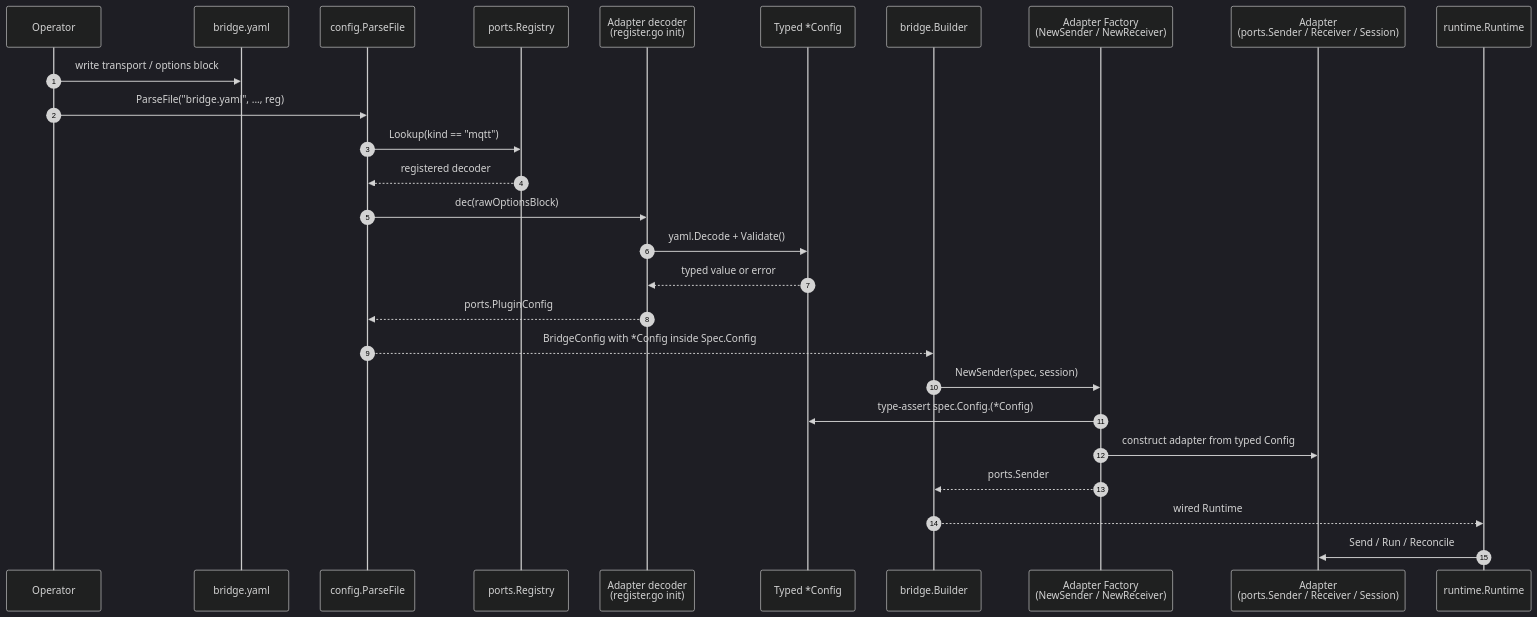
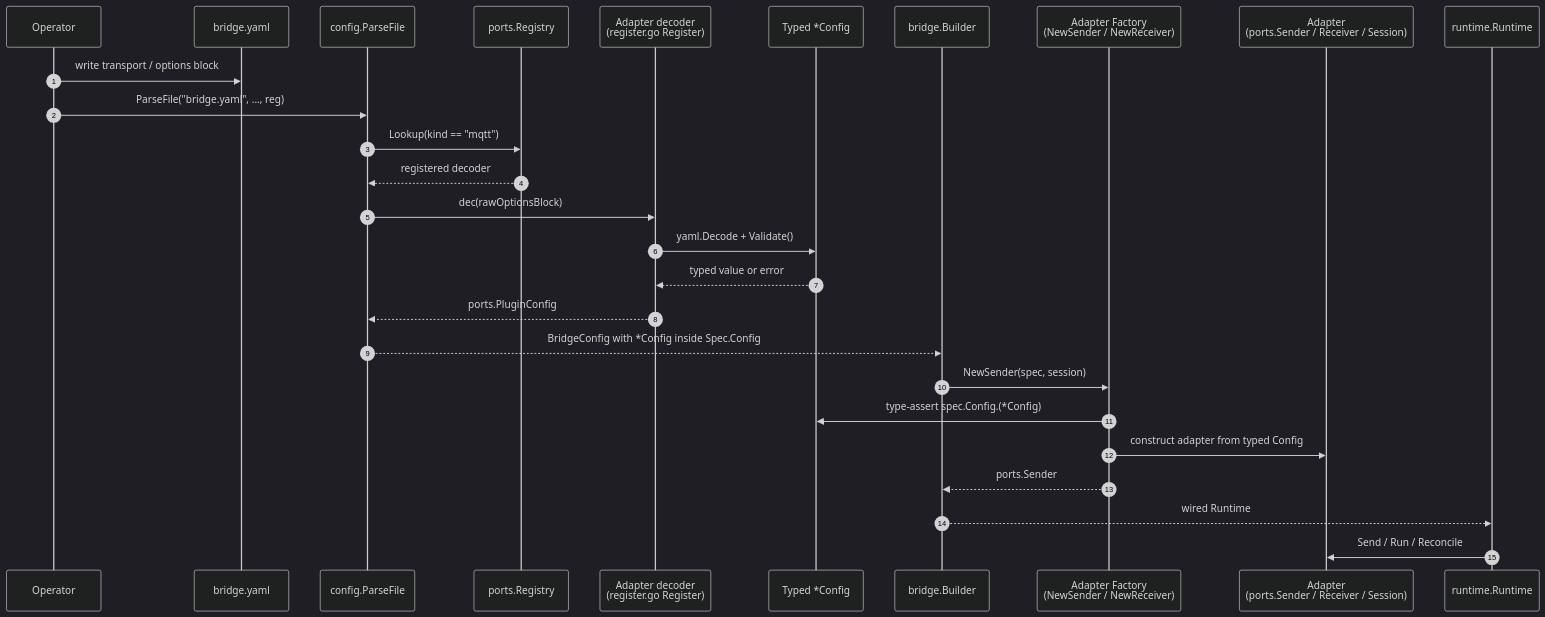
Before and after one commit to mariotoffia/gobridge: the diagram in PLUGIN.md, drawn with Mermaid (dark theme). The commit also changed other lines of this file and 407 other files, not shown here.

````diff
--- a/PLUGIN.md
+++ b/PLUGIN.md
@@ -510,30 +513,30 @@
 ```mermaid
 sequenceDiagram
     autonumber
     participant Op as Operator
     participant YAML as bridge.yaml
     participant Parser as config.ParseFile
     participant Reg as ports.Registry
-    participant Dec as Adapter decoder<br/>(register.go init)
+    participant Dec as Adapter decoder<br/>(register.go Register)
     participant Cfg as Typed *Config
     participant Builder as bridge.Builder
     participant Fact as Adapter Factory<br/>(NewSender / NewReceiver)
     participant Adp as Adapter<br/>(ports.Sender / Receiver / Session)
     participant RT as runtime.Runtime
 
     Op->>YAML: write transport / options block
     Op->>Parser: ParseFile("bridge.yaml", ..., reg)
     Parser->>Reg: Lookup(kind == "mqtt")
     Reg-->>Parser: registered decoder
     Parser->>Dec: dec(rawOptionsBlock)
     Dec->>Cfg: yaml.Decode + Validate()
     Cfg-->>Dec: typed value or error
     Dec-->>Parser: ports.PluginConfig
     Parser-->>Builder: BridgeConfig with *Config inside Spec.Config
     Builder->>Fact: NewSender(spec, session)
     Fact->>Cfg: type-assert spec.Config.(*Config)
     Fact->>Adp: construct adapter from typed Config
     Fact-->>Builder: ports.Sender
     Builder-->>RT: wired Runtime
     RT->>Adp: Send / Run / Reconcile
 ```
````
